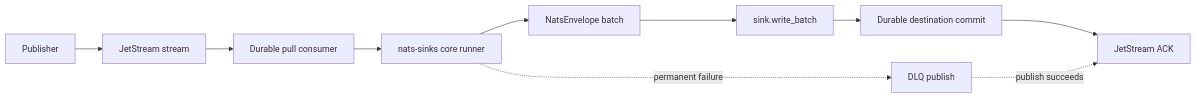
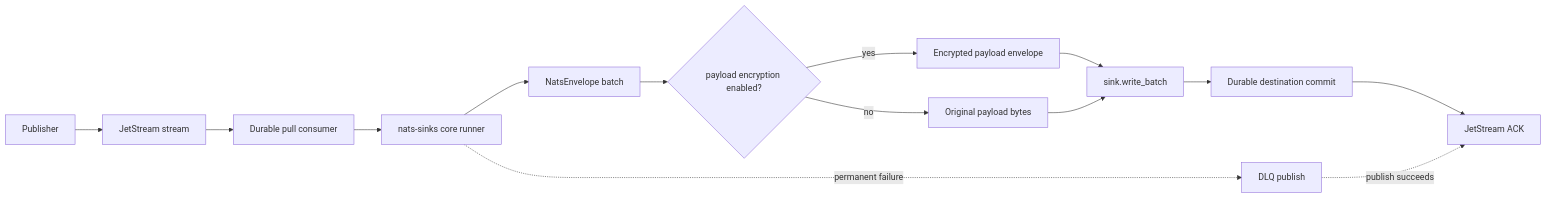
The first of 3 diagrams in README.md (ProjectCuillin/nats-sinks), drawn with Mermaid before and after one commit. The commit also changed other lines of this file and 80 other files, not shown here.

````diff
--- a/README.md
+++ b/README.md
@@ -82,13 +100,17 @@
 ```mermaid
 flowchart LR
     Producer[Publisher] --> Stream[JetStream stream]
     Stream --> Consumer[Durable pull consumer]
     Consumer --> Runner[nats-sinks core runner]
     Runner --> Envelope[NatsEnvelope batch]
-    Envelope --> Sink[sink.write_batch]
+    Envelope --> Crypto{payload encryption enabled?}
+    Crypto -->|yes| Encrypted[Encrypted payload envelope]
+    Crypto -->|no| Plain[Original payload bytes]
+    Encrypted --> Sink[sink.write_batch]
+    Plain --> Sink
     Sink --> Commit[Durable destination commit]
     Commit --> Ack[JetStream ACK]
 
     Runner -. permanent failure .-> DLQ[DLQ publish]
     DLQ -. publish succeeds .-> Ack
 ```
````
